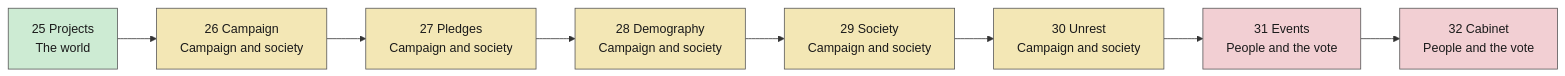
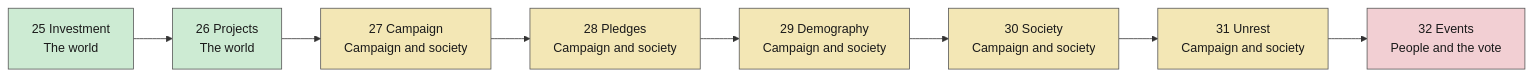
Before and after one commit to powerbassist/World-simulator: the fourth of 5 diagrams in docs/tick-order.md, drawn with Mermaid. The commit also changed other lines of this file and 15 other files, not shown here.

````diff
--- a/docs/tick-order.md
+++ b/docs/tick-order.md
@@ -84,18 +84,18 @@
 ```mermaid
 flowchart LR
-  s25["25 Projects<br/>The world"]:::g3
-  s26["26 Campaign<br/>Campaign and society"]:::g4
-  s27["27 Pledges<br/>Campaign and society"]:::g4
-  s28["28 Demography<br/>Campaign and society"]:::g4
-  s29["29 Society<br/>Campaign and society"]:::g4
-  s30["30 Unrest<br/>Campaign and society"]:::g4
-  s31["31 Events<br/>People and the vote"]:::g5
-  s32["32 Cabinet<br/>People and the vote"]:::g5
+  s25["25 Investment<br/>The world"]:::g3
+  s26["26 Projects<br/>The world"]:::g3
+  s27["27 Campaign<br/>Campaign and society"]:::g4
+  s28["28 Pledges<br/>Campaign and society"]:::g4
+  s29["29 Demography<br/>Campaign and society"]:::g4
+  s30["30 Society<br/>Campaign and society"]:::g4
+  s31["31 Unrest<br/>Campaign and society"]:::g4
+  s32["32 Events<br/>People and the vote"]:::g5
   s25 --> s26 --> s27 --> s28 --> s29 --> s30 --> s31 --> s32
   classDef g0 fill:#cfe3f7,stroke:#555,color:#1a1a1a
   classDef g1 fill:#f6dcc2,stroke:#555,color:#1a1a1a
   classDef g2 fill:#dccff0,stroke:#555,color:#1a1a1a
   classDef g3 fill:#cdebd3,stroke:#555,color:#1a1a1a
   classDef g4 fill:#f3e7b5,stroke:#555,color:#1a1a1a
   classDef g5 fill:#f2cfd3,stroke:#555,color:#1a1a1a
 ```
````
